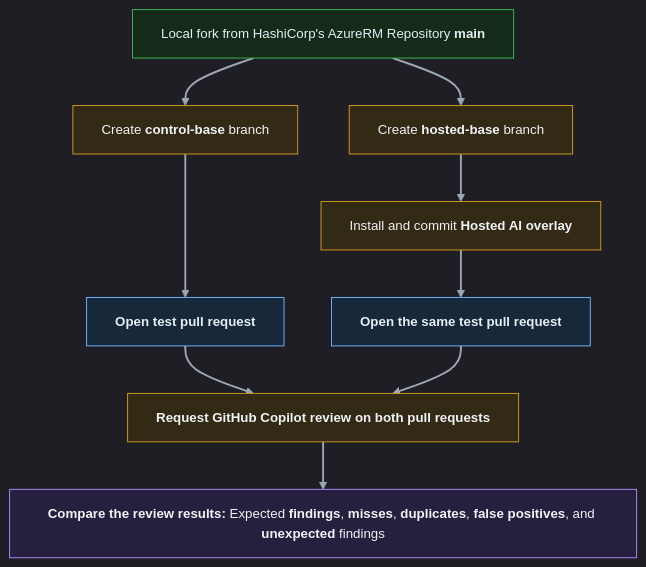
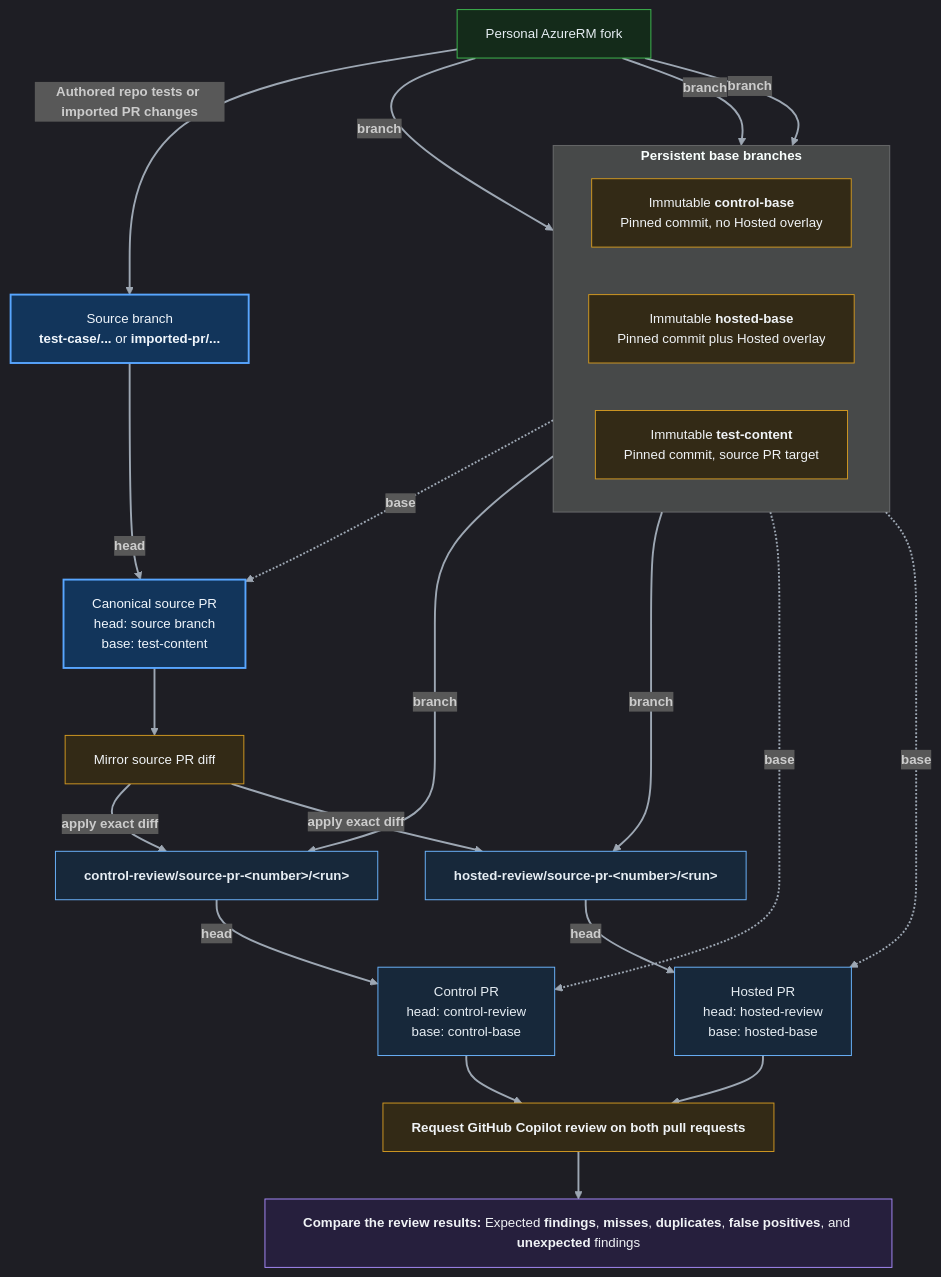
Before and after one commit to WodansSon/terraform-azurerm-ai-assisted-development: the diagram in hosted_copilot/docs/HOSTED_COPILOT_CODE_REVIEW_IMPLEMENTATION.md, drawn with Mermaid. The commit also changed other lines of this file and 36 other files, not shown here.

Commit message:
Add Hosted review source PR workflow

````diff
--- a/hosted_copilot/docs/HOSTED_COPILOT_CODE_REVIEW_IMPLEMENTATION.md
+++ b/hosted_copilot/docs/HOSTED_COPILOT_CODE_REVIEW_IMPLEMENTATION.md
@@ -224,36 +233,62 @@
 ```mermaid
 %%{init: {"theme":"dark","themeVariables":{"fontFamily":"Segoe UI, Arial, sans-serif","fontSize":"14px","background":"#111418","primaryTextColor":"#e6edf3","lineColor":"#9da7b3"},"flowchart":{"htmlLabels":true,"wrappingWidth":600}}}%%
 flowchart TB
-  main["Local fork from HashiCorp's AzureRM Repository <b>main</b>"]
-  controlBase["Create <b>control-base</b> branch"]
-  hostedBase["Create <b>hosted-base</b> branch"]
-  installOverlay["Install and commit <b>Hosted AI overlay</b>"]
-  controlPr["<b>Open test pull request</b>"]
-  hostedPr["<b>Open the same test pull request</b>"]
+  fork["Personal AzureRM fork"]
+
+  subgraph bases["<b>Persistent base branches</b>"]
+    direction LR
+    controlBase["Immutable <b>control-base</b><br/>Pinned commit, no Hosted overlay"]
+    hostedBase["Immutable <b>hosted-base</b><br/>Pinned commit plus Hosted overlay"]
+    testContent["Immutable <b>test-content</b><br/>Pinned commit, source PR target"]
+  end
+
+  sourceHead["Source branch<br/><b>test-case/...</b> or <b>imported-pr/...</b>"]
+  sourcePr["Canonical source PR<br/>head: source branch<br/>base: test-content"]
+  mirror["Mirror source PR diff"]
+  controlHead["<b>control-review/source-pr-&lt;number&gt;/&lt;run&gt;</b>"]
+  hostedHead["<b>hosted-review/source-pr-&lt;number&gt;/&lt;run&gt;</b>"]
+  controlPr["Control PR<br/>head: control-review<br/>base: control-base"]
+  hostedPr["Hosted PR<br/>head: hosted-review<br/>base: hosted-base"]
   review["<b>Request GitHub Copilot review on both pull requests</b>"]
   compare["<b>Compare the review results:</b> Expected <b>findings</b>, <b>misses</b>, <b>duplicates</b>, <b>false positives</b>, and <b>unexpected</b> findings"]
 
-  main --> controlBase
-  main --> hostedBase
-  controlBase ---> controlPr
-  hostedBase --> installOverlay
-  installOverlay --> hostedPr
+  fork -->|"<b>branch</b>"| controlBase
+  fork -->|"<b>branch</b>"| hostedBase
+  fork -->|"<b>branch</b>"| testContent
+  fork -->|"<b>Authored repo tests or imported PR changes</b>"| sourceHead
+  sourceHead -->|"<b>head</b>"| sourcePr
+  testContent -. "<b>base</b>" .-> sourcePr
+  sourcePr --> mirror
+  mirror -->|"<b>apply exact diff</b>"| controlHead
+  mirror -->|"<b>apply exact diff</b>"| hostedHead
+  controlBase -->|"<b>branch</b>"| controlHead
+  hostedBase -->|"<b>branch</b>"| hostedHead
+  controlHead -->|"<b>head</b>"| controlPr
+  controlBase -. "<b>base</b>" .-> controlPr
+  hostedHead -->|"<b>head</b>"| hostedPr
+  hostedBase -. "<b>base</b>" .-> hostedPr
   controlPr --> review
   hostedPr --> review
   review --> compare
 
   classDef source fill:#142b1a,stroke:#3fb950,stroke-width:1px,color:#e6edf3
   classDef prerequisite fill:#332a16,stroke:#d29922,stroke-width:1px,color:#f0f3f6
+  classDef canonical fill:#12355b,stroke:#58a6ff,stroke-width:2px,color:#f0f6fc
   classDef control fill:#17283a,stroke:#6cb6ff,stroke-width:1px,color:#e6edf3
   classDef hosted fill:#17283a,stroke:#6cb6ff,stroke-width:1px,color:#e6edf3
   classDef action fill:#332a16,stroke:#d29922,stroke-width:1px,color:#f0f3f6
   classDef result fill:#261f3d,stroke:#a78bfa,stroke-width:1px,color:#f0f3f6
 
-  class main source
-  class controlBase,hostedBase,installOverlay prerequisite
+  class fork source
+  class controlBase,hostedBase prerequisite
+  class testContent prerequisite
+  class sourceHead,sourcePr canonical
+  class mirror action
+  class controlHead control
+  class hostedHead hosted
   class controlPr control
   class hostedPr hosted
   class review action
   class compare result
   linkStyle default stroke:#9da7b3,stroke-width:2px
 ```
````
